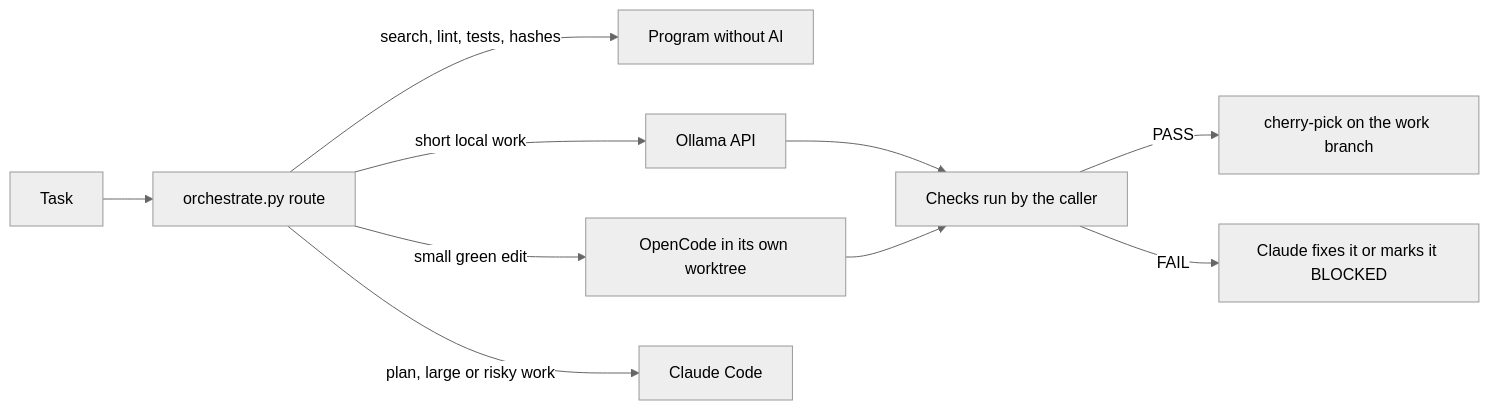
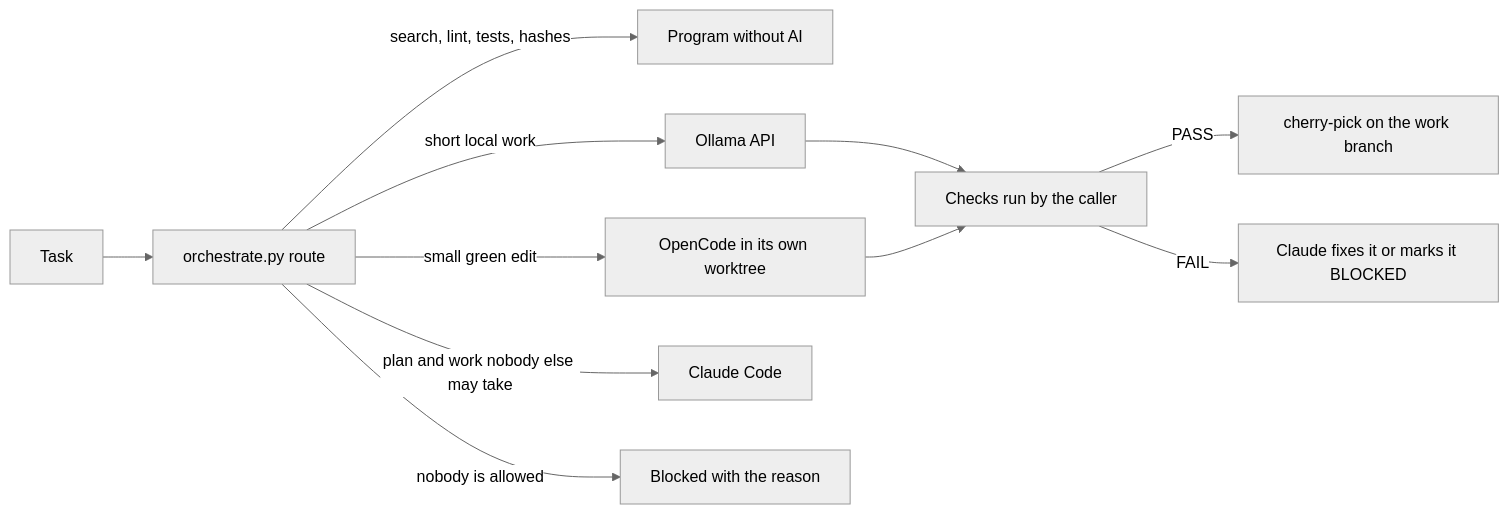
Before and after one commit to SVN11X/standards: the diagram in docs/005-verification-and-orchestration.md, drawn with Mermaid (neutral theme). The commit also changed other lines of this file and 12 other files, not shown here.

````diff
--- a/docs/005-verification-and-orchestration.md
+++ b/docs/005-verification-and-orchestration.md
@@ -7,12 +7,13 @@
 ```mermaid
 flowchart LR
   task[Task] --> route[orchestrate.py route]
   route -->|search, lint, tests, hashes| tools[Program without AI]
   route -->|short local work| ollama[Ollama API]
   route -->|small green edit| opencode[OpenCode in its own worktree]
-  route -->|plan, large or risky work| claude[Claude Code]
+  route -->|plan and work nobody else may take| claude[Claude Code]
+  route -->|nobody is allowed| blocked[Blocked with the reason]
   ollama --> verify[Checks run by the caller]
   opencode --> verify
   verify -->|PASS| integrate[cherry-pick on the work branch]
   verify -->|FAIL| fix[Claude fixes it or marks it BLOCKED]
 ```
````
